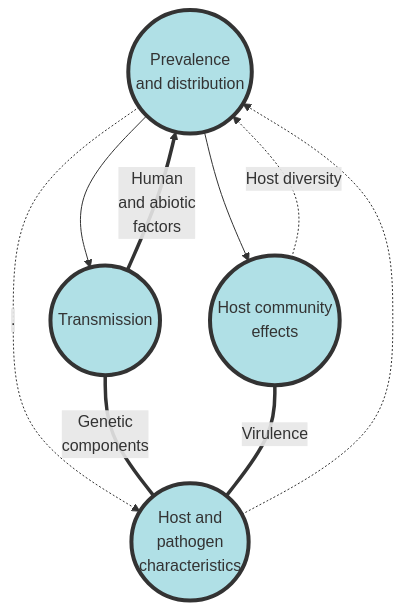
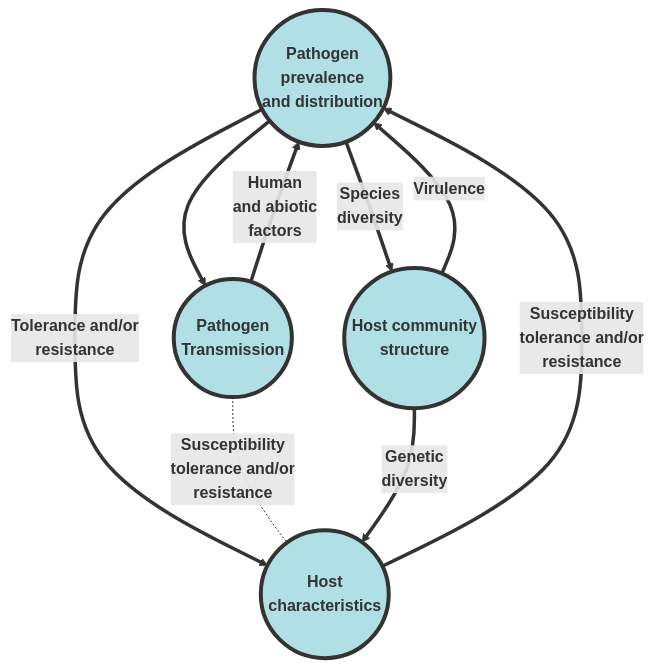
The diagram in Lauren/Prep Materials/Dissertation_PathDiagram.md (lvash/Comprehensive_Exam_Prep), drawn with Mermaid before and after one commit. The commit also changed 7 other files, not shown here.

````diff
--- a/Lauren/Prep Materials/Dissertation_PathDiagram.md
+++ b/Lauren/Prep Materials/Dissertation_PathDiagram.md
@@ -1,20 +1,21 @@
 ```mermaid
 graph TD
 	%%E{soil} -> A
-	A((Prevalence <br/> and distribution)) -->B((Transmission))
-	A -.-> |.| D((Host and <br/> pathogen <br/> characteristics))
-	A --> C((Host community <br/> effects))
-	B ==> |Human <br/> and abiotic <br/> factors| A
-	B === |Genetic <br/> components| D
-	C -.-> |Host diversity| A
-	C === |Virulence| D
-	D -.-> A
+	A((<b>Pathogen <br/>prevalence <br/> and distribution)) ==> B((<b>Pathogen<br/> Transmission))
+	A ==> |<b>Tolerance and/or <br/> resistance| D((<b>Host <br/> characteristics))
+	A ==> |<b>Species <br/> diversity| C((<b>Host community <br/> structure))
+	%%C --> B
+	B ==> |<b>Human <br/> and abiotic <br/> factors| A
+	B -.- |<b>Susceptibility <br/>tolerance and/or <br/> resistance| D
+	C ==> |<b>Virulence| A
+	C ==> |<b>Genetic <br/> diversity| D
+	D ==> |<b>Susceptibility <br/>tolerance and/or <br/> resistance| A
 	
     style A fill:#B0E0E6,stroke:#333,stroke-width:4px;
     style B fill:#B0E0E6,stroke:#333,stroke-width:4px;
     style C fill:#B0E0E6,stroke:#333,stroke-width:4px;
     style D fill:#B0E0E6,stroke:#333,stroke-width:4px;
     %%style B fill:#ccf,stroke:#f66,stroke-width:2px,stroke-dasharray: 5, 5;
     
     
 ```
````
